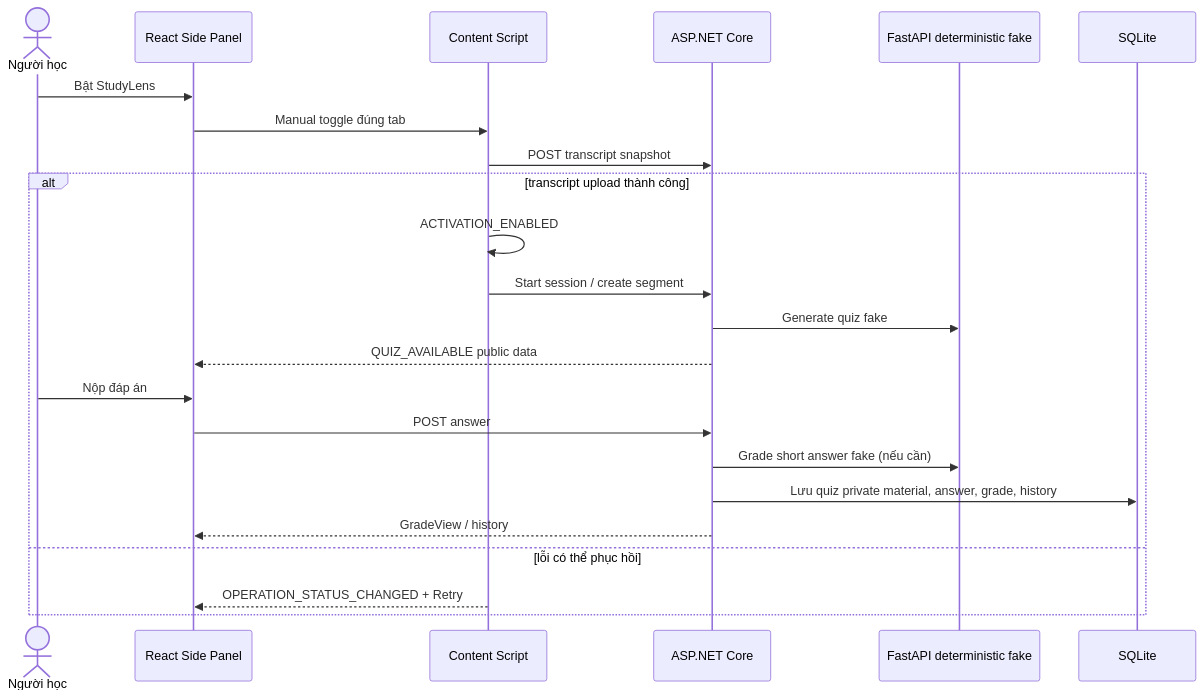
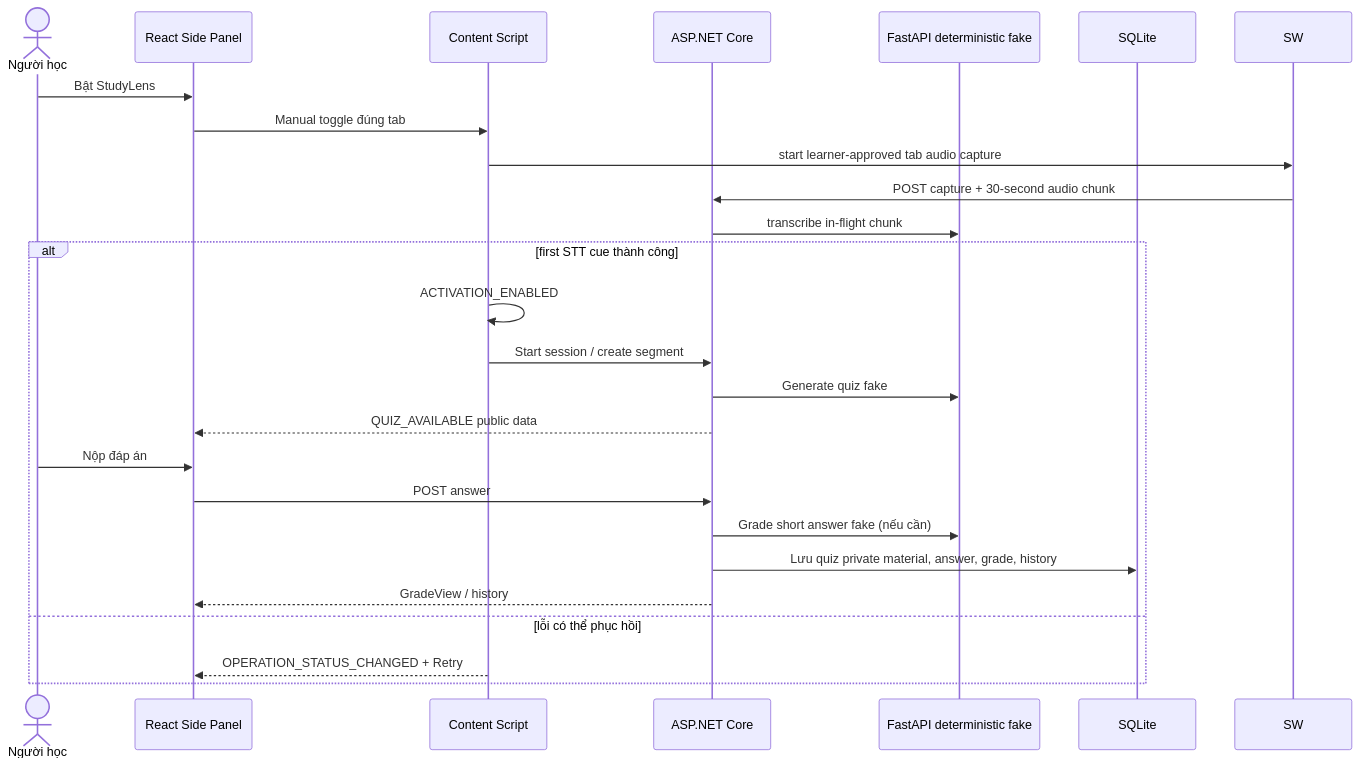
One commit to tungnguyen1208/StudylensAI changed the first of 2 diagrams in docs/architecture/repository-map.md. Above: the diagram before and after it, drawn with Mermaid. The commit also changed other lines of this file and 140 other files, not shown here.

Commit message:
nhận transcript bằng chrome tabCapture. Chờ tối thiểu 30 giây để chunk WebM/Opus đầu tiên được gửi STT.

````diff
--- a/docs/architecture/repository-map.md
+++ b/docs/architecture/repository-map.md
@@ -16,26 +18,28 @@
 ```mermaid
 sequenceDiagram
     actor U as Người học
     participant SP as React Side Panel
     participant CS as Content Script
     participant API as ASP.NET Core
     participant AI as FastAPI deterministic fake
     participant DB as SQLite
 
     U->>SP: Bật StudyLens
     SP->>CS: Manual toggle đúng tab
-    CS->>API: POST transcript snapshot
-    alt transcript upload thành công
+    CS->>SW: start learner-approved tab audio capture
+    SW->>API: POST capture + 30-second audio chunk
+    API->>AI: transcribe in-flight chunk
+    alt first STT cue thành công
         CS->>CS: ACTIVATION_ENABLED
         CS->>API: Start session / create segment
         API->>AI: Generate quiz fake
         API-->>SP: QUIZ_AVAILABLE public data
         U->>SP: Nộp đáp án
         SP->>API: POST answer
         API->>AI: Grade short answer fake (nếu cần)
         API->>DB: Lưu quiz private material, answer, grade, history
         API-->>SP: GradeView / history
     else lỗi có thể phục hồi
         CS-->>SP: OPERATION_STATUS_CHANGED + Retry
     end
 ```
````
